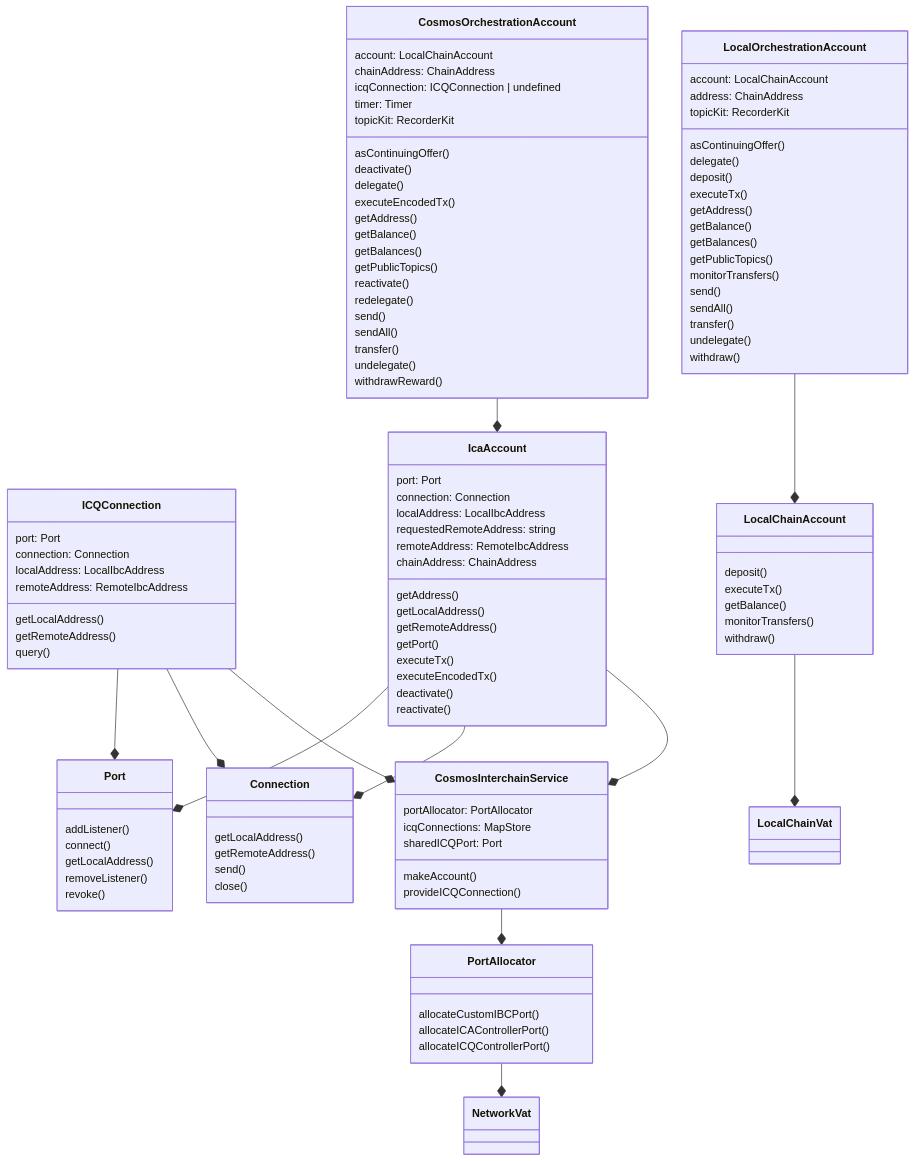
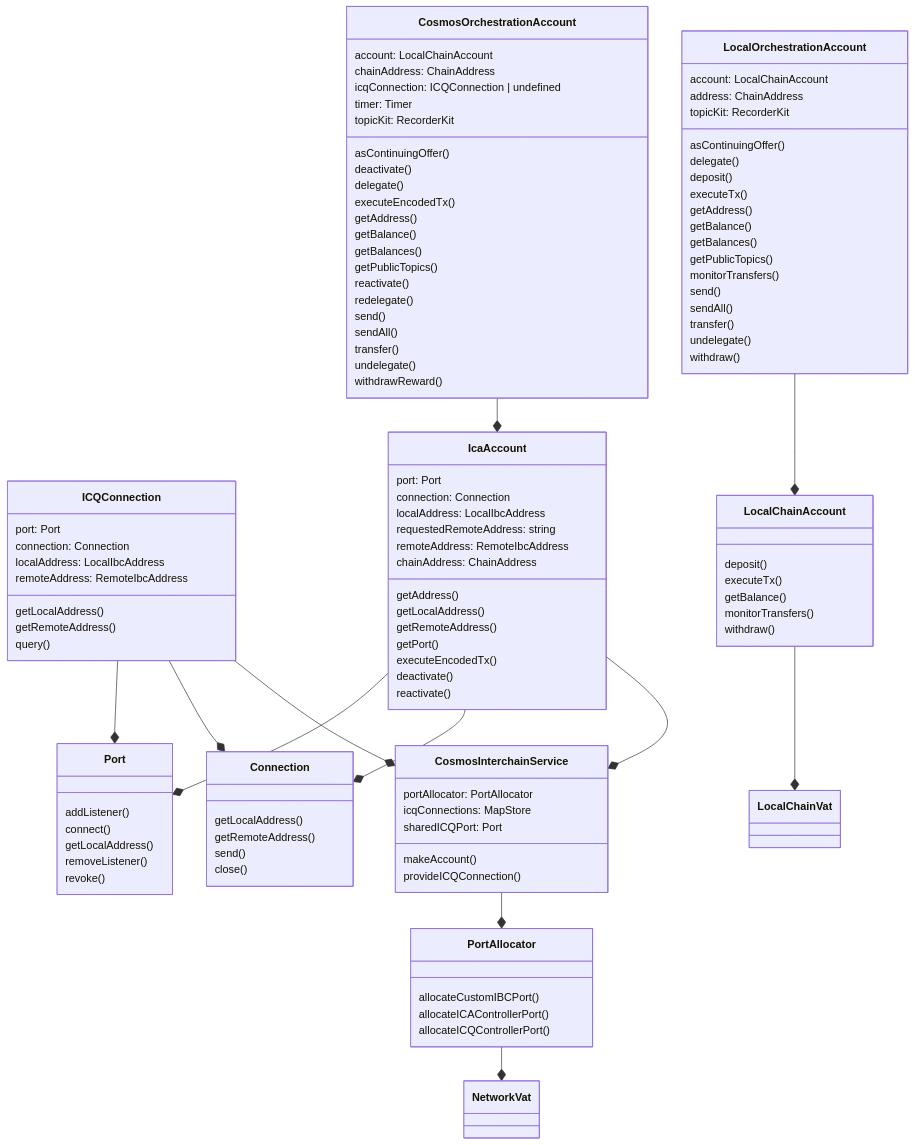
One commit to Agoric/agoric-sdk changed the diagram in packages/orchestration/src/exos/README.md. Above: the diagram before and after it, drawn with Mermaid. The commit also changed 3 other files, not shown here.

```diff
--- a/packages/orchestration/src/exos/README.md
+++ b/packages/orchestration/src/exos/README.md
@@ -27,7 +27,6 @@
       getLocalAddress()
       getRemoteAddress()
       getPort()
-      executeTx()
       executeEncodedTx()
       deactivate()
       reactivate()
```
